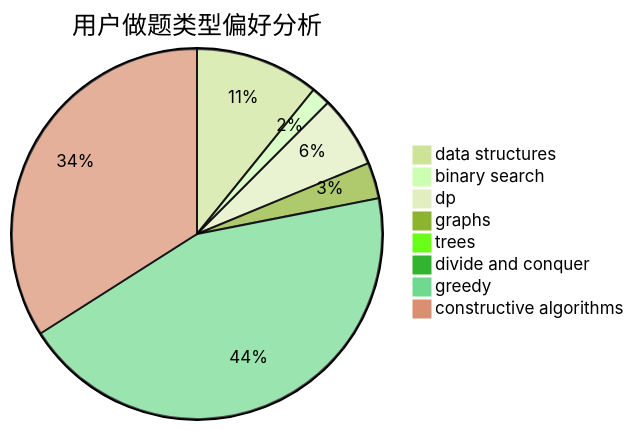
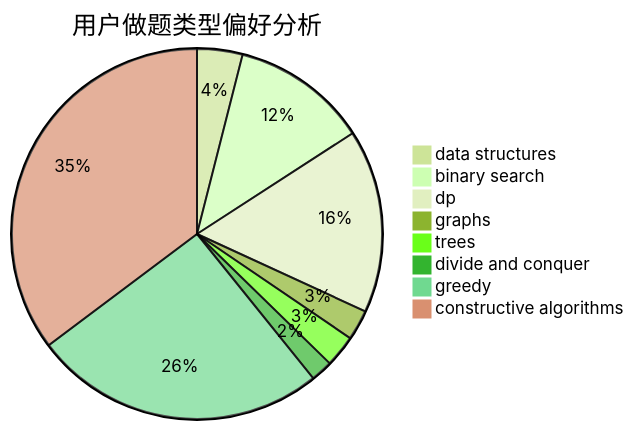
The second of 3 diagrams in docs/user/u796.md (sherpahu/cfrs.github.io), drawn with Mermaid (forest theme) before and after one commit. The commit also changed other lines of this file and 2770 other files, not shown here.

````diff
--- a/docs/user/u796.md
+++ b/docs/user/u796.md
@@ -23,11 +23,11 @@
 ```mermaid
 pie title 用户做题类型偏好分析
-    "data structures" :  117
-    "binary search" :  18
-    "dp" :  68
-    "graphs" :  34
-    "trees" :  10
-    "divide and conquer" :  3
-    "greedy" :  477
-    "constructive algorithms" :  368
+    "data structures" :  27
+    "binary search" :  81
+    "dp" :  109
+    "graphs" :  18
+    "trees" :  19
+    "divide and conquer" :  13
+    "greedy" :  174
+    "constructive algorithms" :  240
 ```
````
